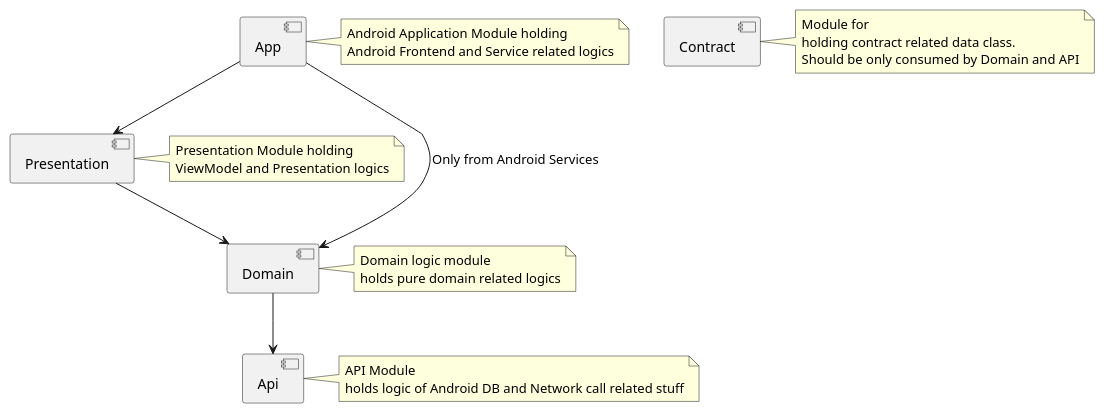
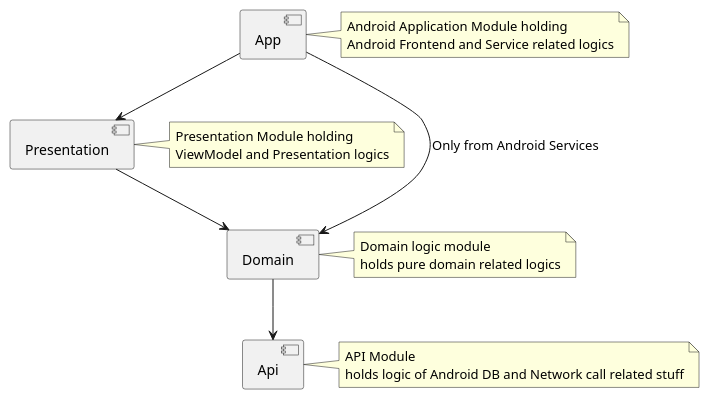
Before and after one commit to wealth-wave/Auto-Expense-Tracker: the diagram in module.puml, drawn with PlantUML. The commit also changed 2 other files, not shown here.

Commit message:
Remove unused contract module

```diff
--- a/module.puml
+++ b/module.puml
@@ -1,23 +1,19 @@
 @startuml
 
 component App
 note right of App : Android Application Module holding\nAndroid Frontend and Service related logics
 
 component Presentation
 note right of Presentation: Presentation Module holding\nViewModel and Presentation logics
 
 component Domain
 note right of Domain: Domain logic module\nholds pure domain related logics
 
 component Api
 note right of Api: API Module\nholds logic of Android DB and Network call related stuff
 
-component Contract
-note right of Contract: Module for\nholding contract related data class. \nShould be only consumed by Domain and API
-
-
 App --> Presentation
 Presentation --> Domain
 App --> Domain: Only from Android Services
 Domain --> Api
 @enduml
```
